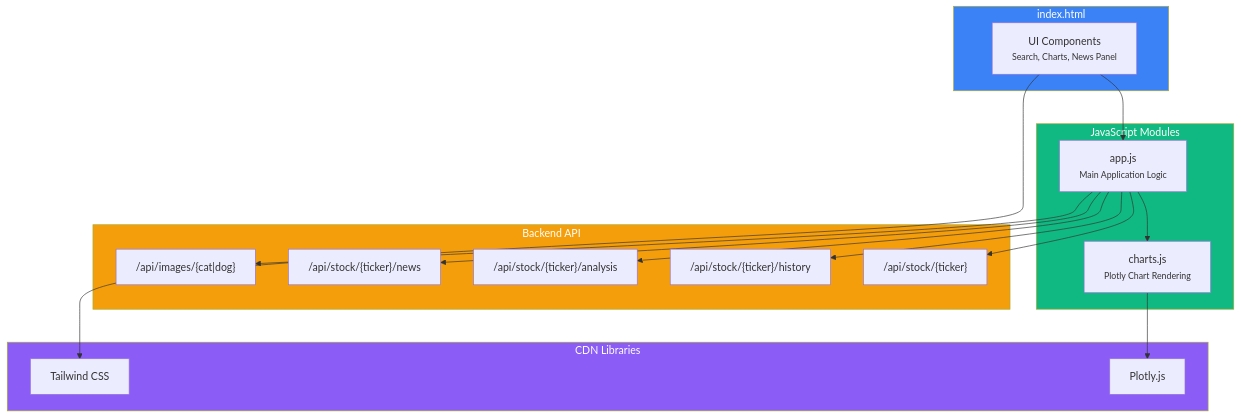
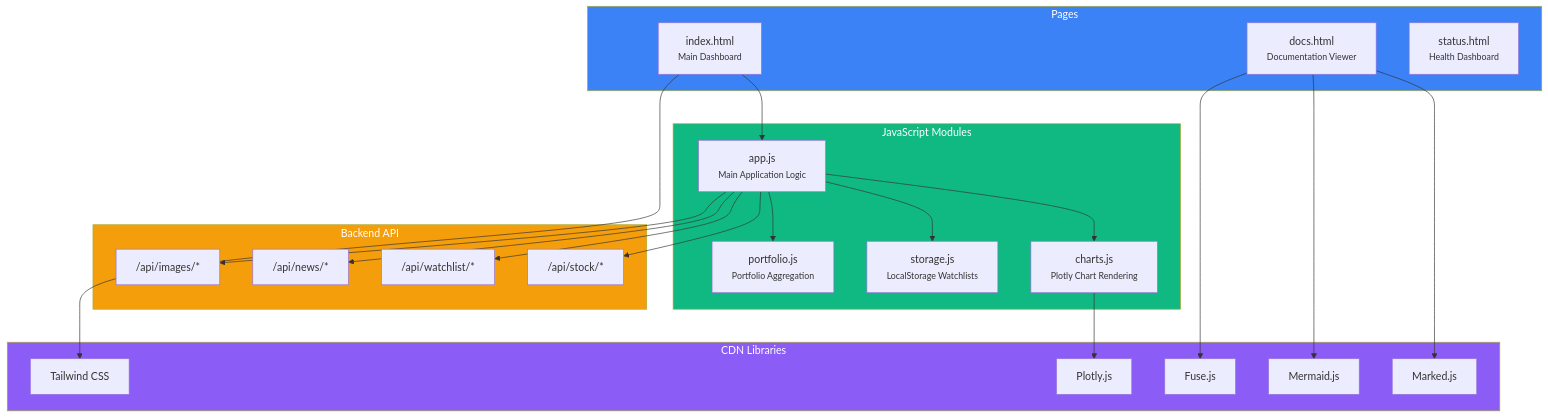
One commit to psford/claudeProjects changed the diagram in stock_analyzer_dotnet/src/StockAnalyzer.Api/wwwroot/docs/diagrams/frontend-architecture.mmd. Above: the diagram before and after it, drawn with Mermaid. The commit also changed 5 other files, not shown here.

First line of the commit message:
Update Mermaid diagrams to reflect current architecture

```diff
--- a/stock_analyzer_dotnet/src/StockAnalyzer.Api/wwwroot/docs/diagrams/frontend-architecture.mmd
+++ b/stock_analyzer_dotnet/src/StockAnalyzer.Api/wwwroot/docs/diagrams/frontend-architecture.mmd
@@ -1,38 +1,48 @@
 %% MANUAL - Update when frontend structure changes
 graph TB
-    subgraph HTML["index.html"]
-        UI["UI Components<br/><small>Search, Charts, News Panel</small>"]
+    subgraph HTML["Pages"]
+        Index["index.html<br/><small>Main Dashboard</small>"]
+        Docs["docs.html<br/><small>Documentation Viewer</small>"]
+        Status["status.html<br/><small>Health Dashboard</small>"]
     end
 
     subgraph JS["JavaScript Modules"]
         App["app.js<br/><small>Main Application Logic</small>"]
         Charts["charts.js<br/><small>Plotly Chart Rendering</small>"]
+        Storage["storage.js<br/><small>LocalStorage Watchlists</small>"]
+        Portfolio["portfolio.js<br/><small>Portfolio Aggregation</small>"]
     end
 
     subgraph Libraries["CDN Libraries"]
         Tailwind["Tailwind CSS"]
         Plotly["Plotly.js"]
+        Mermaid["Mermaid.js"]
+        Marked["Marked.js"]
+        Fuse["Fuse.js"]
     end
 
     subgraph API["Backend API"]
-        Stock["/api/stock/{ticker}"]
-        History["/api/stock/{ticker}/history"]
-        Analysis["/api/stock/{ticker}/analysis"]
-        News["/api/stock/{ticker}/news"]
-        Images["/api/images/{cat|dog}"]
+        Stock["/api/stock/*"]
+        Watchlist["/api/watchlist/*"]
+        News["/api/news/*"]
+        Images["/api/images/*"]
     end
 
-    UI --> App
+    Index --> App
     App --> Charts
+    App --> Storage
+    App --> Portfolio
     App --> Stock
-    App --> History
-    App --> Analysis
+    App --> Watchlist
     App --> News
     App --> Images
     Charts --> Plotly
-    UI --> Tailwind
+    Docs --> Marked
+    Docs --> Mermaid
+    Docs --> Fuse
+    Index --> Tailwind
 
     style HTML fill:#3B82F6,color:#fff
     style JS fill:#10B981,color:#fff
     style Libraries fill:#8B5CF6,color:#fff
     style API fill:#F59E0B,color:#fff
```
